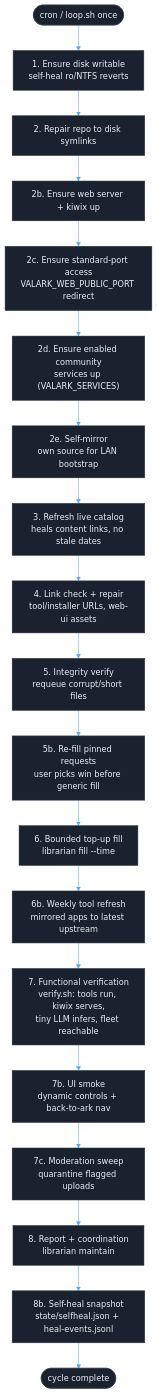
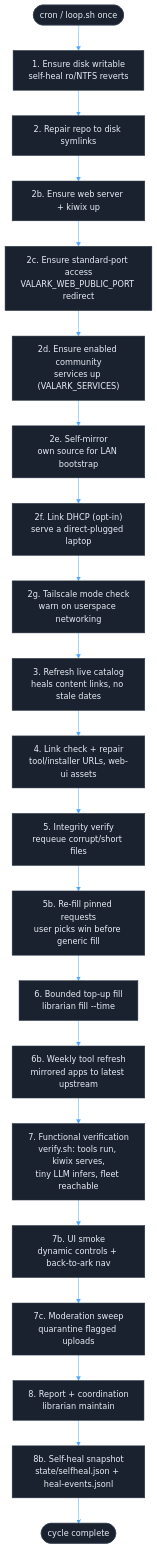
One commit to mvalancy/val-ark changed the third of 6 diagrams in docs/ARCHITECTURE.md. Above: the diagram before and after it, drawn with Mermaid. The commit also changed 4 other files, not shown here.

````diff
--- a/docs/ARCHITECTURE.md
+++ b/docs/ARCHITECTURE.md
@@ -216,29 +216,31 @@
 ```mermaid
 %%{init: {'theme': 'base', 'themeVariables': {
   'primaryColor': '#1a2230',
   'primaryBorderColor': '#2a3545',
   'primaryTextColor': '#e8edf4',
   'lineColor': '#4da6ff',
   'secondaryColor': '#131921',
   'tertiaryColor': '#0a0e14'
 }}}%%
 flowchart TD
     CRON([cron / loop.sh once]) --> WRITE["1. Ensure disk writable<br/>self-heal ro/NTFS reverts"]
     WRITE --> LAYOUT["2. Repair repo to disk symlinks"]
     LAYOUT --> WEB["2b. Ensure web server + kiwix up"]
     WEB --> PUB["2c. Ensure standard-port access<br/>VALARK_WEB_PUBLIC_PORT redirect"]
     PUB --> SVCS["2d. Ensure enabled community<br/>services up (VALARK_SERVICES)"]
     SVCS --> SELF["2e. Self-mirror<br/>own source for LAN bootstrap"]
-    SELF --> REFRESH["3. Refresh live catalog<br/>heals content links, no stale dates"]
+    SELF --> LDHCP["2f. Link DHCP (opt-in)<br/>serve a direct-plugged laptop"]
+    LDHCP --> TSMODE["2g. Tailscale mode check<br/>warn on userspace networking"]
+    TSMODE --> REFRESH["3. Refresh live catalog<br/>heals content links, no stale dates"]
     REFRESH --> LINK["4. Link check + repair<br/>tool/installer URLs, web-ui assets"]
     LINK --> INTEG["5. Integrity verify<br/>requeue corrupt/short files"]
     INTEG --> PINS["5b. Re-fill pinned requests<br/>user picks win before generic fill"]
     PINS --> FILL["6. Bounded top-up fill<br/>librarian fill --time"]
     FILL --> TOOLREF["6b. Weekly tool refresh<br/>mirrored apps to latest upstream"]
     TOOLREF --> FUNC["7. Functional verification<br/>verify.sh: tools run, kiwix serves,<br/>tiny LLM infers, fleet reachable"]
     FUNC --> UISMOKE["7b. UI smoke<br/>dynamic controls + back-to-ark nav"]
     UISMOKE --> MOD["7c. Moderation sweep<br/>quarantine flagged uploads"]
     MOD --> REPORT["8. Report + coordination<br/>librarian maintain"]
     REPORT --> SNAP["8b. Self-heal snapshot<br/>state/selfheal.json + heal-events.jsonl"]
     SNAP --> DONE([cycle complete])
 ```
````
